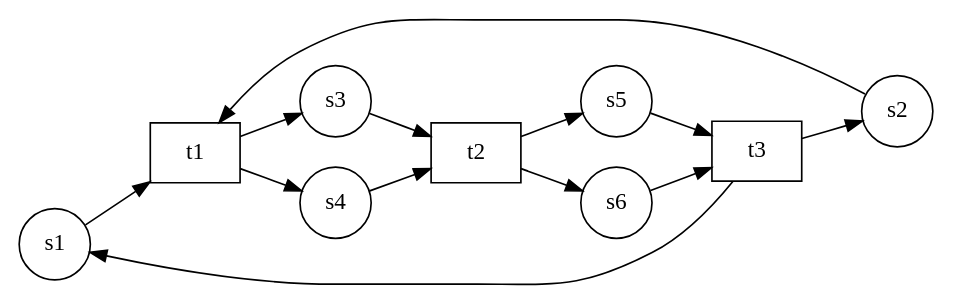
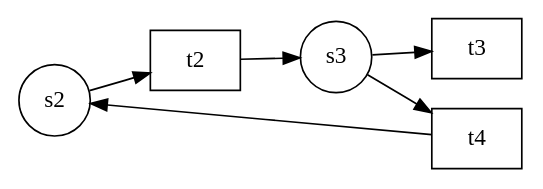
One commit to dnannen/reduction-of-petri-nets changed the diagram in Reduktionsalgorithmen/petri-netz.gv. Above: the diagram before and after it, drawn with Graphviz. The commit also changed 6 other files, not shown here.

```diff
--- a/Reduktionsalgorithmen/petri-netz.gv
+++ b/Reduktionsalgorithmen/petri-netz.gv
@@ -1,25 +1,14 @@
 digraph petrinet{
 node[shape=circle];
 rankdir=LR;
-"s1";
 "s2";
 "s3";
-"s4";
-"s5";
-"s6";
-"t1" [shape=box];
 "t2" [shape=box];
 "t3" [shape=box];
-"s1"->"t1"
-"s2"->"t1"
-"s3"->"t2"
-"s4"->"t2"
-"s5"->"t3"
-"s6"->"t3"
-"t1"->"s3"
-"t1"->"s4"
-"t2"->"s5"
-"t2"->"s6"
-"t3"->"s1"
-"t3"->"s2"
+"t4" [shape=box];
+"s2"->"t2"
+"s3"->"t3"
+"s3"->"t4"
+"t2"->"s3"
+"t4"->"s2"
 }
```
